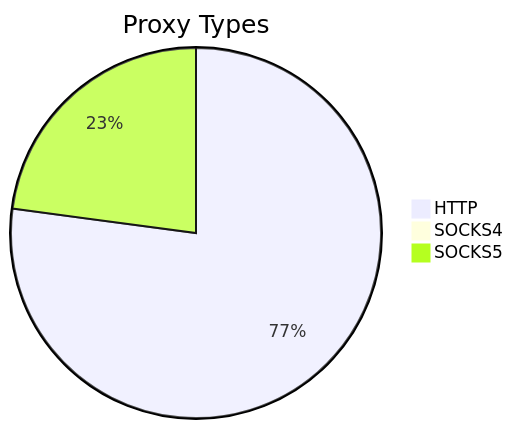
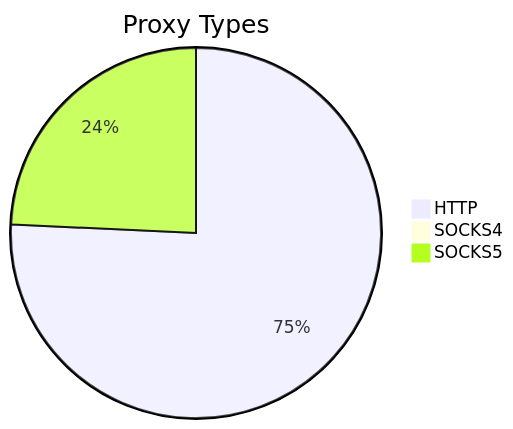
Before and after one commit to stormsia/proxy-list: the first of 2 diagrams in README.md, drawn with Mermaid. The commit also changed other lines of this file, not shown here.

````diff
--- a/README.md
+++ b/README.md
@@ -21,6 +21,6 @@
 ```mermaid
 pie title Proxy Types
-    "HTTP" : 3005
-    "SOCKS4" : 21
-    "SOCKS5" : 892
+    "HTTP" : 2763
+    "SOCKS4" : 12
+    "SOCKS5" : 885
 ```
````
